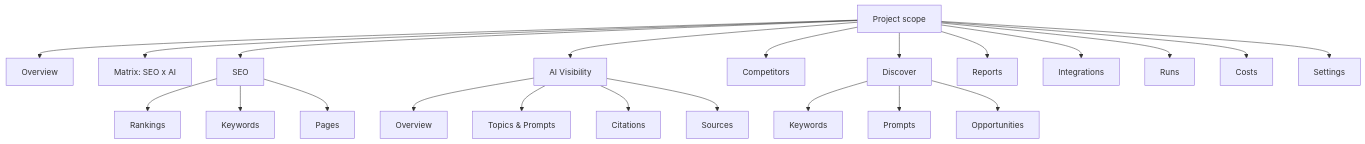
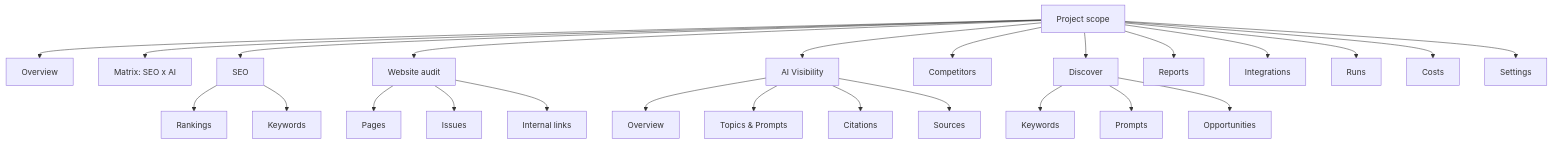
The diagram in docs/design-system/11-navigation.md (digibranders/idraft), drawn with Mermaid before and after one commit. The commit also changed other lines of this file and 9 other files, not shown here.

Commit message:
Issues: the route and the Website audit group in the sidebar

````diff
--- a/docs/design-system/11-navigation.md
+++ b/docs/design-system/11-navigation.md
@@ -10,24 +10,27 @@
 ```mermaid
 flowchart TB
     P[Project scope] --> OV[Overview]
     P --> MX[Matrix: SEO x AI]
     P --> SEO[SEO]
     SEO --> R[Rankings]
     SEO --> K[Keywords]
-    SEO --> PG[Pages]
+    P --> WA[Website audit]
+    WA --> PG[Pages]
+    WA --> IS[Issues]
+    WA --> IL[Internal links]
     P --> AI[AI Visibility]
     AI --> AO[Overview]
     AI --> PR[Topics & Prompts]
     AI --> CI[Citations]
     AI --> SO[Sources]
     P --> CO[Competitors]
     P --> DI[Discover]
     DI --> DK[Keywords]
     DI --> DP[Prompts]
     DI --> DO[Opportunities]
     P --> RE[Reports]
     P --> IN[Integrations]
     P --> RN[Runs]
     P --> CS[Costs]
     P --> ST[Settings]
 ```
````
